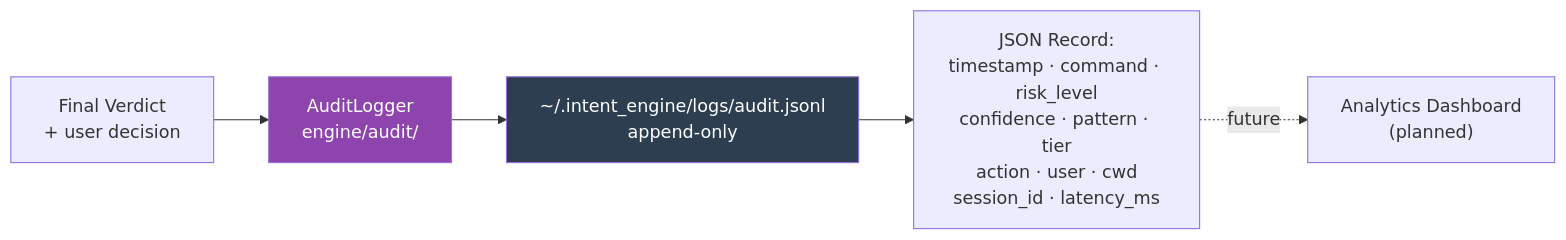
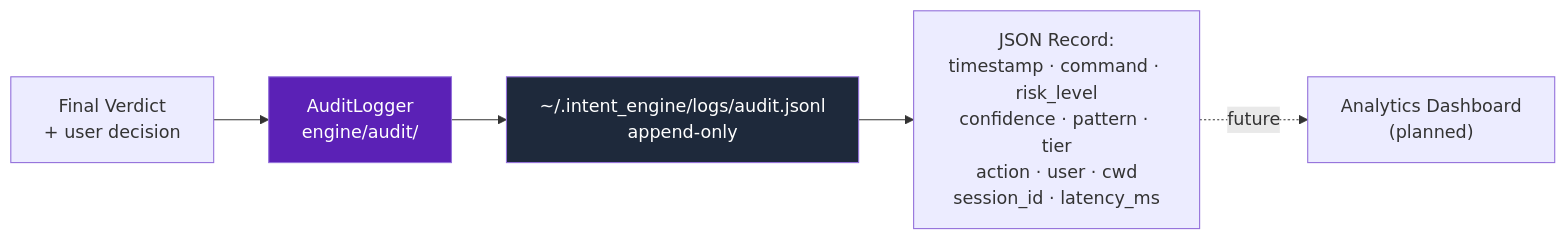
One commit to OliveishPraveen/AI-Based-System-Intent-Engine changed the eighth of 9 diagrams in docs/ARCHITECTURE.md. Above: the diagram before and after it, drawn with Mermaid. The commit also changed other lines of this file and 2 other files, not shown here.

Commit message:
docs: Fix mermaid gantt chart parsing and improve color aesthetics

````diff
--- a/docs/ARCHITECTURE.md
+++ b/docs/ARCHITECTURE.md
@@ -275,13 +275,13 @@
 ```mermaid
 flowchart LR
     VERDICT["Final Verdict<br/>+ user decision"] --> LOGGER["AuditLogger<br/>engine/audit/"]
 
     LOGGER --> JSONL["~/.intent_engine/logs/audit.jsonl<br/>append-only"]
 
     JSONL --> FORMAT["JSON Record:<br/>timestamp · command · risk_level<br/>confidence · pattern · tier<br/>action · user · cwd<br/>session_id · latency_ms"]
 
     FORMAT -.->|"future"| ANALYTICS["Analytics Dashboard<br/>(planned)"]
 
-    style LOGGER fill:#8e44ad,color:#fff
-    style JSONL fill:#2c3e50,color:#fff
+    style LOGGER fill:#5b21b6,color:#fff
+    style JSONL fill:#1e293b,color:#fff
 ```
````
